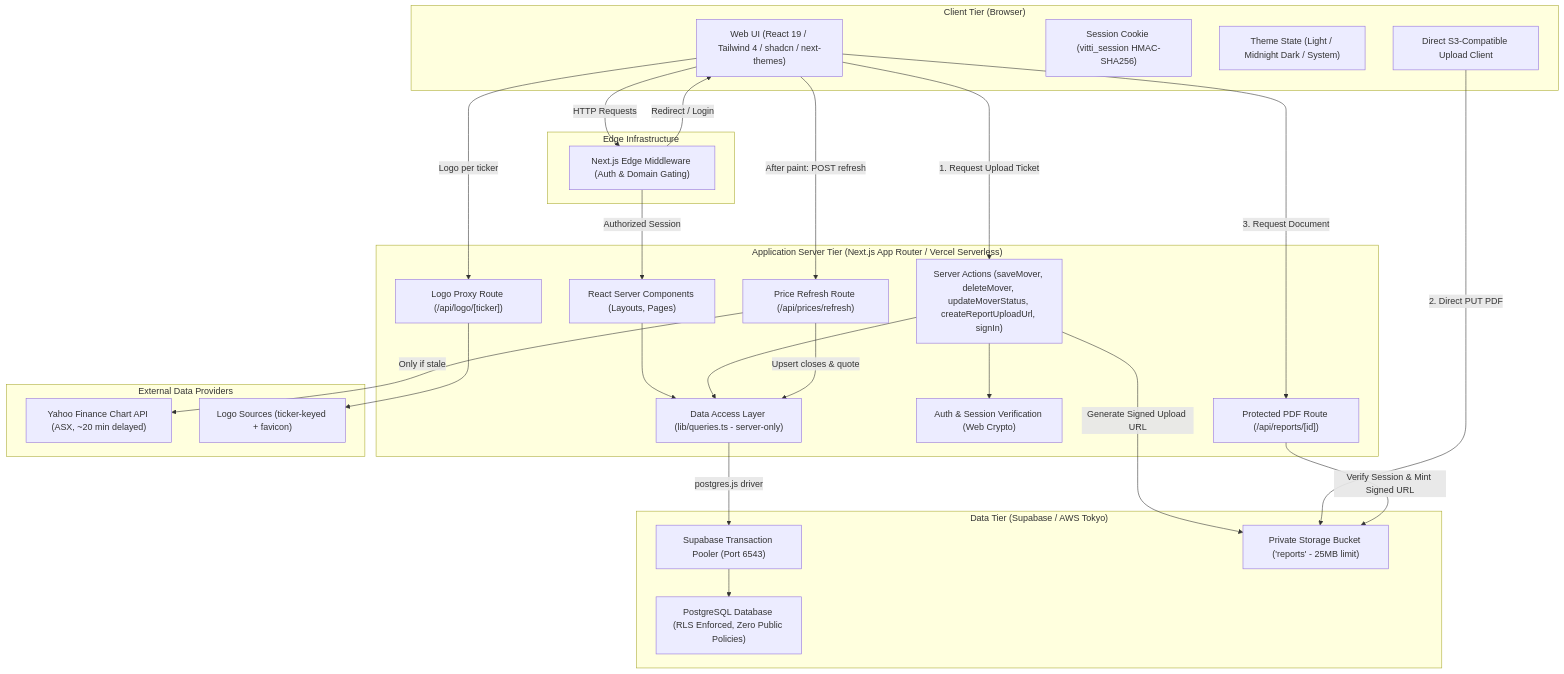
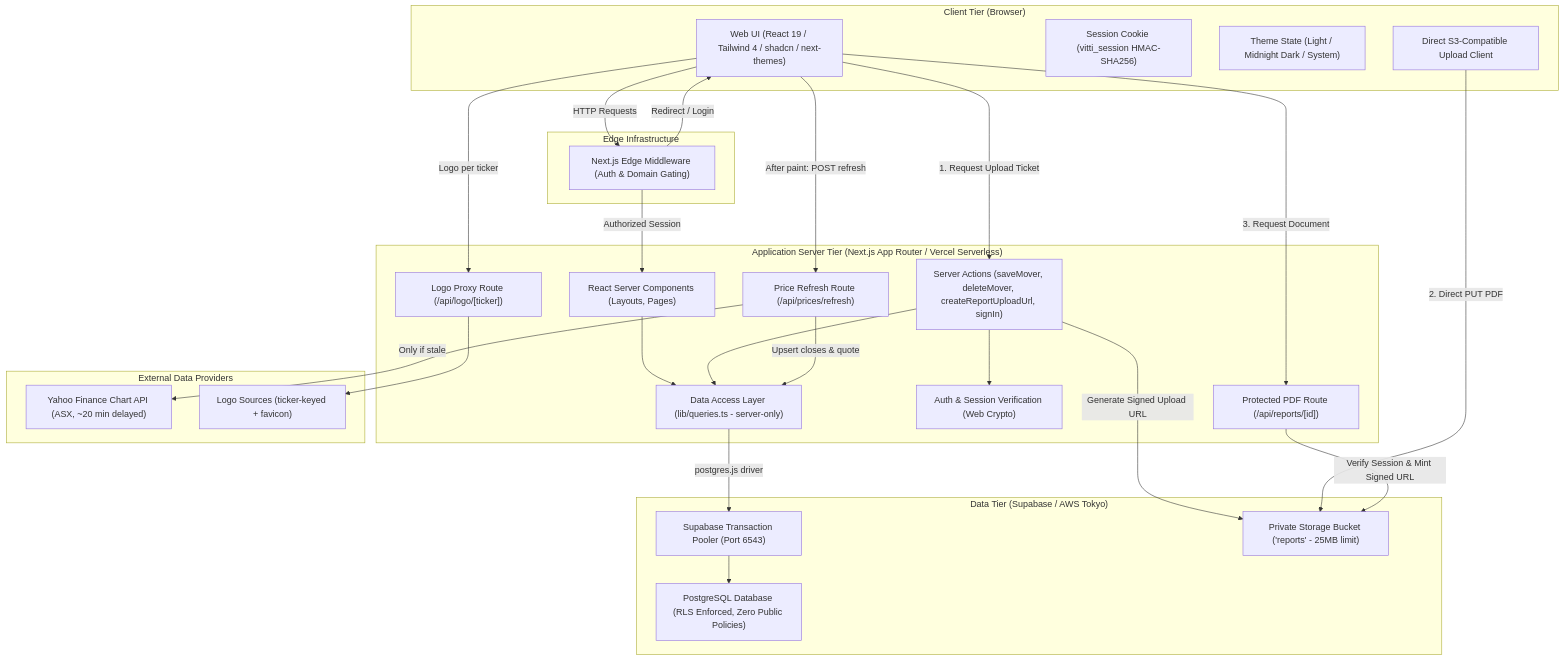
The first of 3 diagrams in docs/HLD.md (Vitti-Capital-Tech/daily-movers-dashboard), drawn with Mermaid before and after one commit. The commit also changed other lines of this file and 20 other files, not shown here.

````diff
--- a/docs/HLD.md
+++ b/docs/HLD.md
@@ -37,57 +37,57 @@
 ```mermaid
 graph TD
     subgraph Client["Client Tier (Browser)"]
         UI["Web UI (React 19 / Tailwind 4 / shadcn / next-themes)"]
         Cookie["Session Cookie (vitti_session HMAC-SHA256)"]
         Theme["Theme State (Light / Midnight Dark / System)"]
         Uploader["Direct S3-Compatible Upload Client"]
     end
 
     subgraph Edge["Edge Infrastructure"]
         MW["Next.js Edge Middleware (Auth & Domain Gating)"]
     end
 
     subgraph Server["Application Server Tier (Next.js App Router / Vercel Serverless)"]
         RSC["React Server Components (Layouts, Pages)"]
-        SA["Server Actions (saveMover, deleteMover, updateMoverStatus, createReportUploadUrl, signIn)"]
+        SA["Server Actions (saveMover, deleteMover, createReportUploadUrl, signIn)"]
         PDFRoute["Protected PDF Route (/api/reports/[id])"]
         PriceRoute["Price Refresh Route (/api/prices/refresh)"]
         LogoRoute["Logo Proxy Route (/api/logo/[ticker])"]
         AuthLayer["Auth & Session Verification (Web Crypto)"]
         QueryLayer["Data Access Layer (lib/queries.ts - server-only)"]
     end
 
     subgraph External["External Data Providers"]
         Yahoo["Yahoo Finance Chart API (ASX, ~20 min delayed)"]
         LogoCDN["Logo Sources (ticker-keyed + favicon)"]
     end
 
     subgraph Database["Data Tier (Supabase / AWS Tokyo)"]
         Pooler["Supabase Transaction Pooler (Port 6543)"]
         Postgres["PostgreSQL Database (RLS Enforced, Zero Public Policies)"]
         Storage["Private Storage Bucket ('reports' - 25MB limit)"]
     end
 
     UI -->|HTTP Requests| MW
     MW -->|Authorized Session| RSC
     MW -->|Redirect / Login| UI
     RSC --> QueryLayer
     SA --> AuthLayer
     SA --> QueryLayer
     QueryLayer -->|postgres.js driver| Pooler
     Pooler --> Postgres
 
     %% Upload and Download flows
     UI -->|1. Request Upload Ticket| SA
     SA -->|Generate Signed Upload URL| Storage
     Uploader -->|2. Direct PUT PDF| Storage
     UI -->|3. Request Document| PDFRoute
     PDFRoute -->|Verify Session & Mint Signed URL| Storage
 
     %% Automatic price refresh (pull-based, no cron)
     UI -->|After paint: POST refresh| PriceRoute
     PriceRoute -->|Only if stale| Yahoo
     PriceRoute -->|Upsert closes & quote| QueryLayer
     UI -->|Logo per ticker| LogoRoute
     LogoRoute --> LogoCDN
 ```
````
